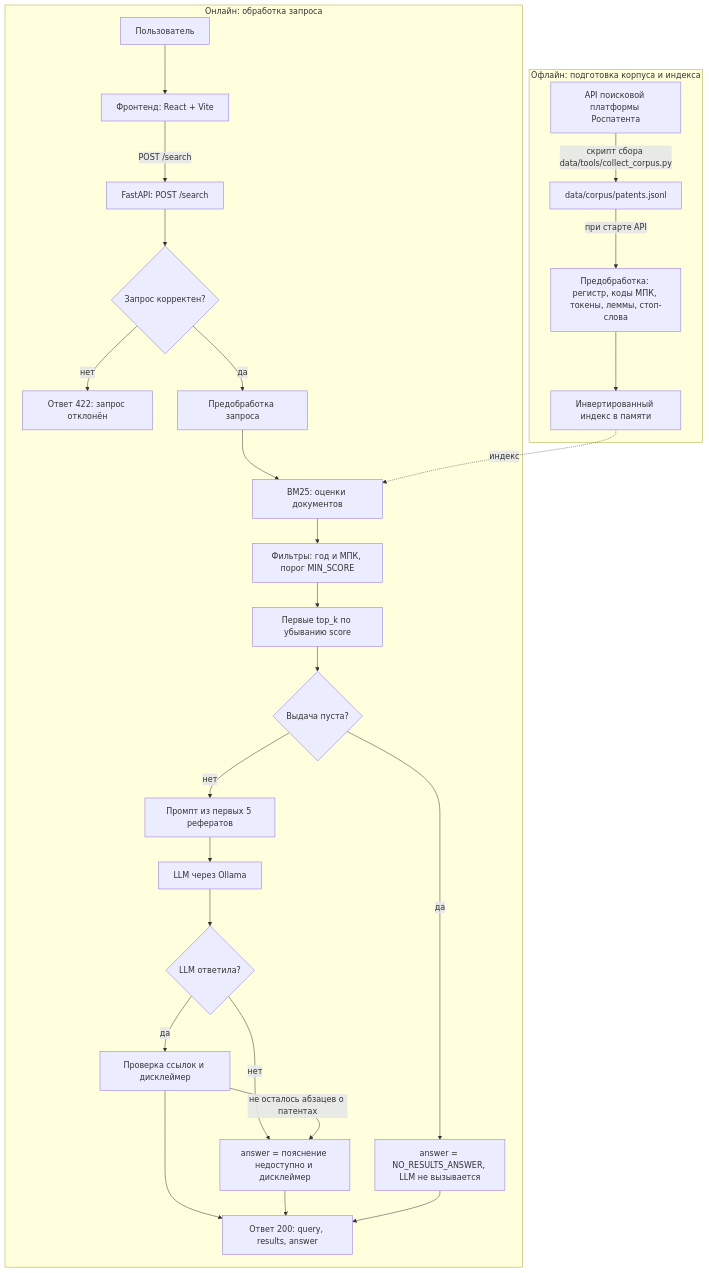
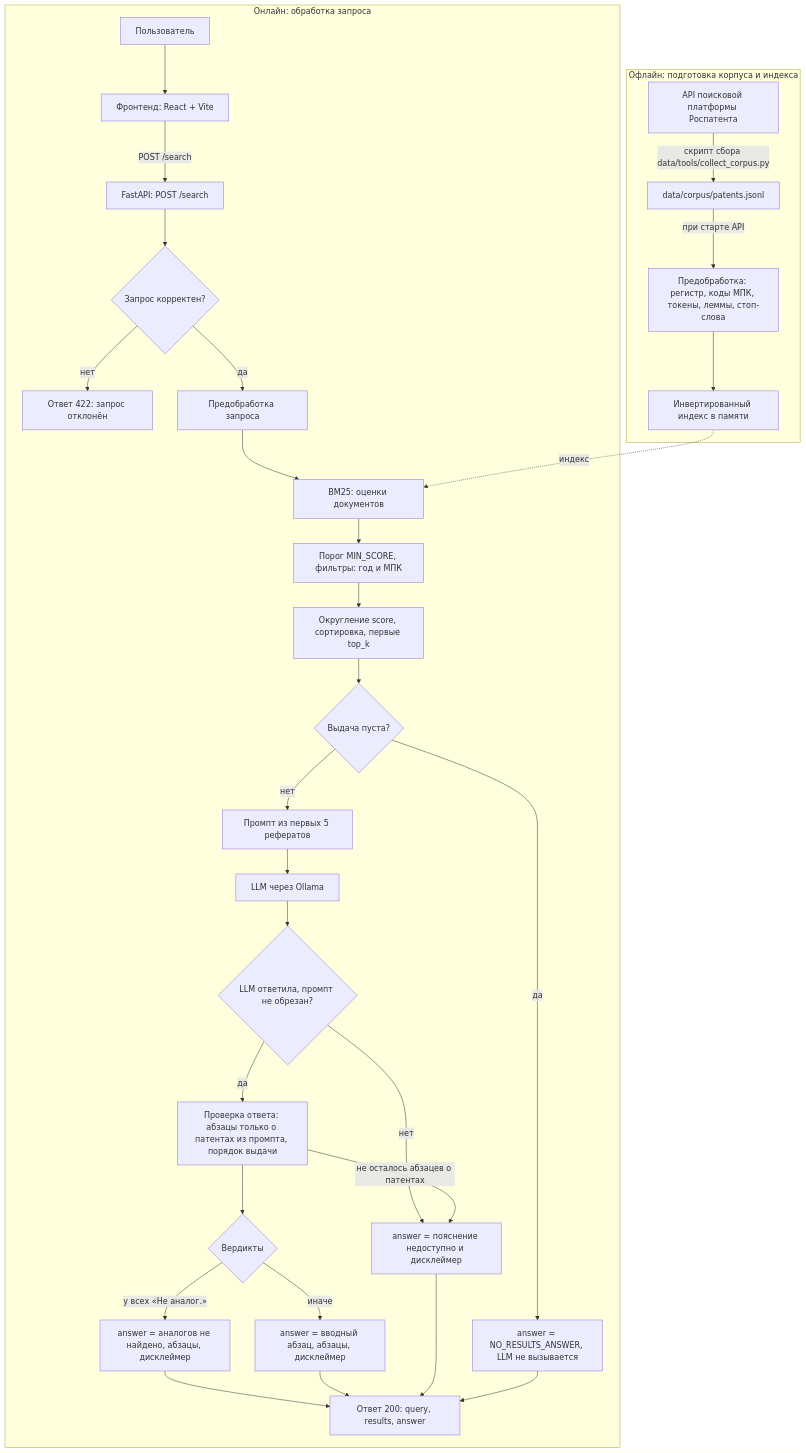
The first of 2 diagrams in spec/tech/architecture.md (itisneutro/patent-radar), drawn with Mermaid before and after one commit. The commit also changed other lines of this file and 15 other files, not shown here.

Commit message:
feat(api): POST /search на BM25 и LLM, проверка ответа, выбор модели и окна контекста (КТ2)

````diff
--- a/spec/tech/architecture.md
+++ b/spec/tech/architecture.md
@@ -46,54 +49,61 @@
 ```mermaid
 flowchart TD
     subgraph OFF["Офлайн: подготовка корпуса и индекса"]
         F1["API поисковой платформы Роспатента"]
         F2["data/corpus/patents.jsonl"]
         F3["Предобработка: регистр, коды МПК, токены, леммы, стоп-слова"]
         F4["Инвертированный индекс в памяти"]
         F1 -->|"скрипт сбора data/tools/collect_corpus.py"| F2
         F2 -->|"при старте API"| F3
         F3 --> F4
     end
 
     subgraph ON["Онлайн: обработка запроса"]
         U["Пользователь"]
         FE["Фронтенд: React + Vite"]
         API["FastAPI: POST /search"]
         V{"Запрос корректен?"}
         E422["Ответ 422: запрос отклонён"]
         Q["Предобработка запроса"]
         B["BM25: оценки документов"]
-        FL["Фильтры: год и МПК, порог MIN_SCORE"]
-        TK["Первые top_k по убыванию score"]
+        FL["Порог MIN_SCORE, фильтры: год и МПК"]
+        TK["Округление score, сортировка, первые top_k"]
         R{"Выдача пуста?"}
         NR["answer = NO_RESULTS_ANSWER, LLM не вызывается"]
         P["Промпт из первых 5 рефератов"]
         L["LLM через Ollama"]
-        LOK{"LLM ответила?"}
-        CH["Проверка ссылок и дисклеймер"]
+        LOK{"LLM ответила, промпт не обрезан?"}
+        CH["Проверка ответа: абзацы только о патентах из промпта, порядок выдачи"]
+        VD{"Вердикты"}
         NA["answer = пояснение недоступно и дисклеймер"]
+        NOA["answer = аналогов не найдено, абзацы, дисклеймер"]
+        EXP["answer = вводный абзац, абзацы, дисклеймер"]
         OUT["Ответ 200: query, results, answer"]
 
         U --> FE
         FE -->|"POST /search"| API
         API --> V
         V -->|"нет"| E422
         V -->|"да"| Q
         Q --> B
         B --> FL
         FL --> TK
         TK --> R
         R -->|"да"| NR
         R -->|"нет"| P
         P --> L
         L --> LOK
         LOK -->|"да"| CH
         LOK -->|"нет"| NA
         CH -->|"не осталось абзацев о патентах"| NA
-        CH --> OUT
+        CH --> VD
+        VD -->|"у всех «Не аналог.»"| NOA
+        VD -->|"иначе"| EXP
+        NOA --> OUT
+        EXP --> OUT
         NA --> OUT
         NR --> OUT
     end
 
     F4 -.->|"индекс"| B
 ```
````
